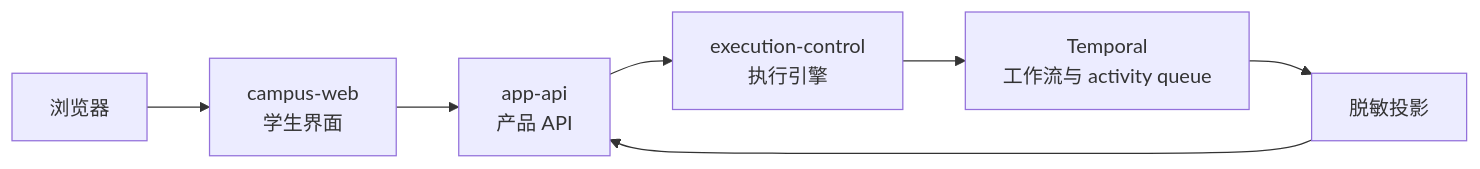
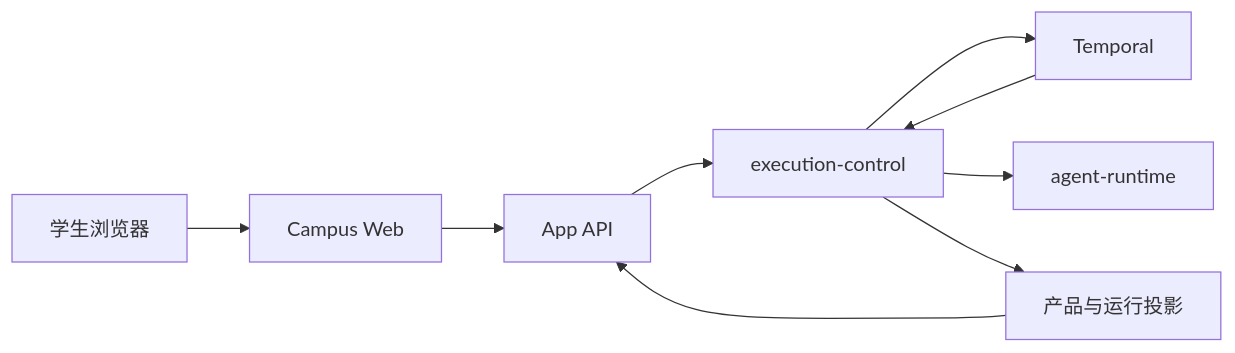
Before and after one commit to Luxfeier22331/campus-agent-main: the first of 5 diagrams in docs/architecture/flows.md, drawn with Mermaid. The commit also changed other lines of this file and 576 other files, not shown here.

````diff
--- a/docs/architecture/flows.md
+++ b/docs/architecture/flows.md
@@ -28,16 +14,14 @@
 ```mermaid
 flowchart LR
-  Browser["浏览器"]
-  CampusWeb["campus-web\n学生界面"]
-  AppAPI["app-api\n产品 API"]
-  Exec["execution-control\n执行引擎"]
-  Temporal["Temporal\n工作流与 activity queue"]
-  Projection["脱敏投影"]
+  Browser[学生浏览器]
+  Web[Campus Web]
+  API[App API]
+  Control[execution-control]
+  Temporal[Temporal]
+  Agent[agent-runtime]
+  Projection[产品与运行投影]
 
-  Browser --> CampusWeb
-  CampusWeb --> AppAPI
-  AppAPI --> Exec
-  Exec --> Temporal
-  Temporal --> Projection
-  Projection --> AppAPI
+  Browser --> Web --> API --> Control --> Temporal
+  Temporal --> Control --> Agent
+  Control --> Projection --> API
 ```
````
